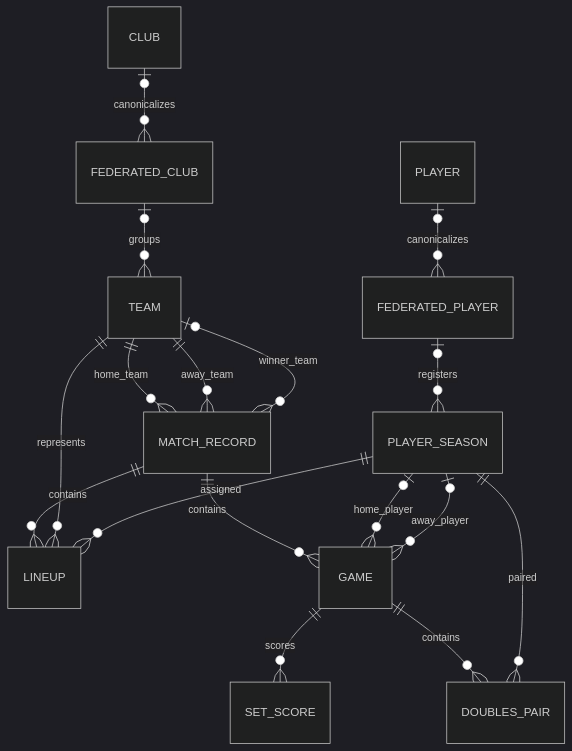
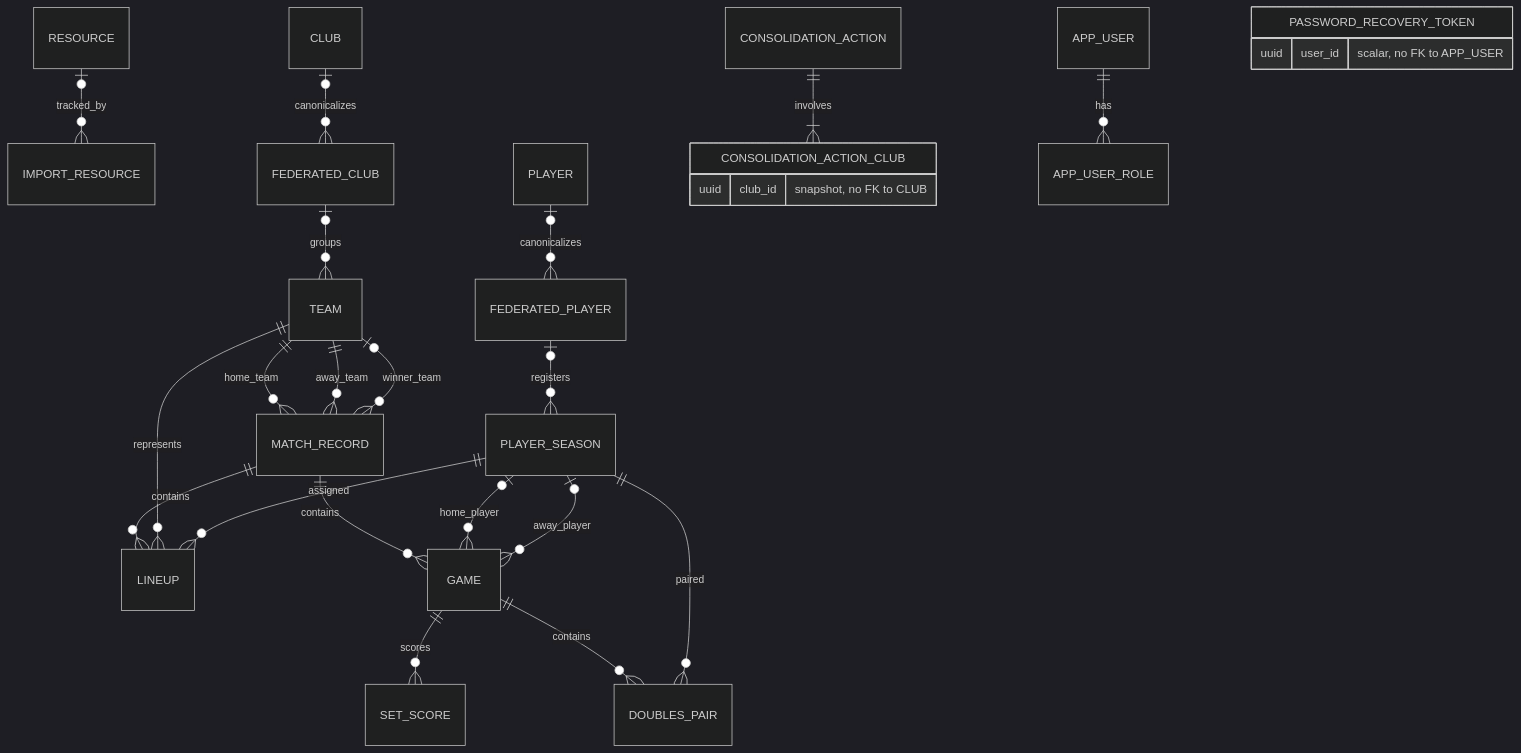
One commit to albertsanso/tt-league-services changed the diagram in tt-data-league-core-repository-jpa/docs/rfetm-datamodel.md. Above: the diagram before and after it, drawn with Mermaid (dark theme). The commit also changed other lines of this file and 1 other file, not shown here.

````diff
--- a/tt-data-league-core-repository-jpa/docs/rfetm-datamodel.md
+++ b/tt-data-league-core-repository-jpa/docs/rfetm-datamodel.md
@@ -354,19 +375,28 @@
 ```mermaid
 erDiagram
+    RESOURCE o|--o{ IMPORT_RESOURCE : tracked_by
     CLUB o|--o{ FEDERATED_CLUB : canonicalizes
     FEDERATED_CLUB o|--o{ TEAM : groups
     PLAYER o|--o{ FEDERATED_PLAYER : canonicalizes
     FEDERATED_PLAYER o|--o{ PLAYER_SEASON : registers
     TEAM ||--o{ MATCH_RECORD : home_team
     TEAM ||--o{ MATCH_RECORD : away_team
     TEAM o|--o{ MATCH_RECORD : winner_team
     MATCH_RECORD ||--o{ LINEUP : contains
     TEAM ||--o{ LINEUP : represents
     PLAYER_SEASON ||--o{ LINEUP : assigned
     MATCH_RECORD ||--o{ GAME : contains
     PLAYER_SEASON o|--o{ GAME : home_player
     PLAYER_SEASON o|--o{ GAME : away_player
     GAME ||--o{ SET_SCORE : scores
     GAME ||--o{ DOUBLES_PAIR : contains
     PLAYER_SEASON ||--o{ DOUBLES_PAIR : paired
+    CONSOLIDATION_ACTION ||--|{ CONSOLIDATION_ACTION_CLUB : involves
+    CONSOLIDATION_ACTION_CLUB {
+        uuid club_id "snapshot, no FK to CLUB"
+    }
+    APP_USER ||--o{ APP_USER_ROLE : has
+    PASSWORD_RECOVERY_TOKEN {
+        uuid user_id "scalar, no FK to APP_USER"
+    }
 ```
````
